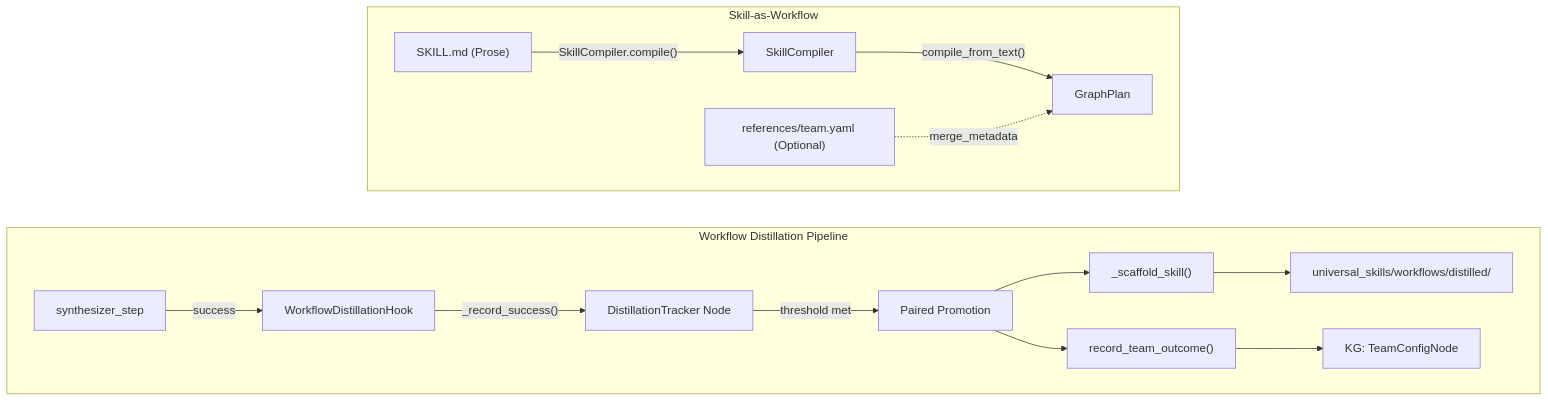
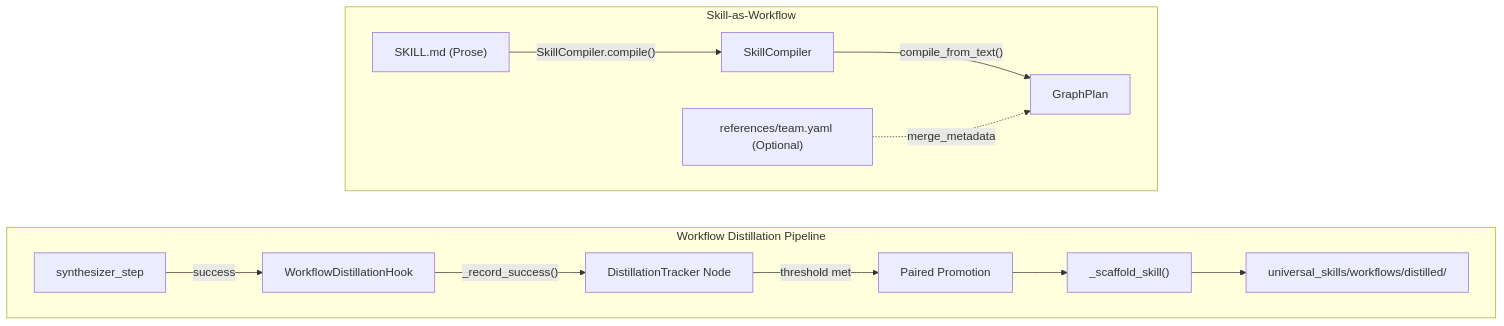
One commit to Knuckles-Team/agent-utilities changed the diagram in docs/pillars/1_graph_orchestration/ORCH-1.8-Workflow_Distillation.md. Above: the diagram before and after it, drawn with Mermaid. The commit also changed 7 other files, not shown here.

First line of the commit message:
docs: ST-7 remove every reference to the deleted TeamConfig/topology success-rate API

````diff
--- a/docs/pillars/1_graph_orchestration/ORCH-1.8-Workflow_Distillation.md
+++ b/docs/pillars/1_graph_orchestration/ORCH-1.8-Workflow_Distillation.md
@@ -11,20 +11,18 @@
 ```mermaid
 flowchart LR
     subgraph Distillation ["Workflow Distillation Pipeline"]
         direction LR
         SYNTH["synthesizer_step"] -->|"success"| HOOK["WorkflowDistillationHook"]
         HOOK -->|"_record_success()"| TRACKER["DistillationTracker Node"]
         TRACKER -->|"threshold met"| PROMOTE["Paired Promotion"]
         PROMOTE --> SCAFFOLD["_scaffold_skill()"]
-        PROMOTE --> TC_UPDATE["record_team_outcome()"]
         SCAFFOLD --> SKILL_DIR["universal_skills/workflows/distilled/"]
-        TC_UPDATE --> KG2["KG: TeamConfigNode"]
     end
 
     subgraph SkillExecution ["Skill-as-Workflow"]
         direction LR
         SKILL_MD["SKILL.md (Prose)"] -->|"SkillCompiler.compile()"| COMPILER["SkillCompiler"]
         COMPILER -->|"compile_from_text()"| PLAN["GraphPlan"]
         TEAM_YAML["references/team.yaml (Optional)"] -.->|"merge_metadata"| PLAN
     end
 ```
````
